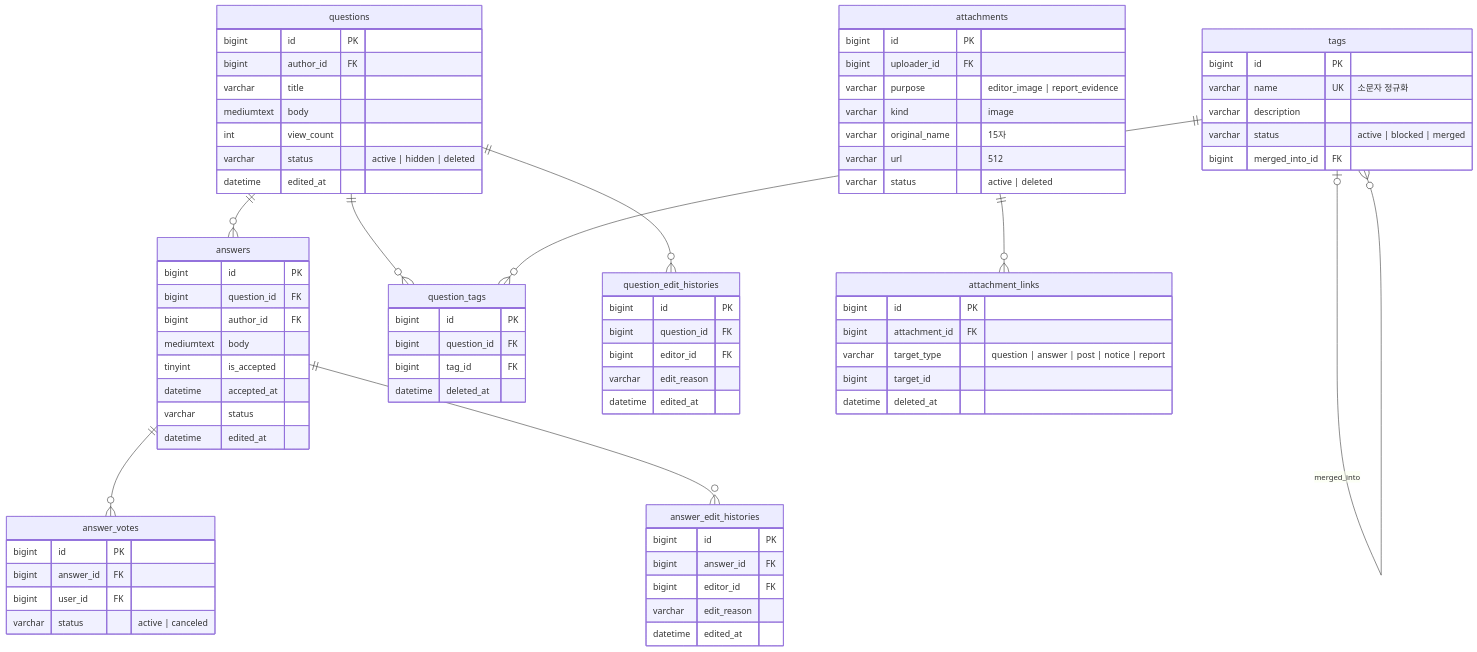
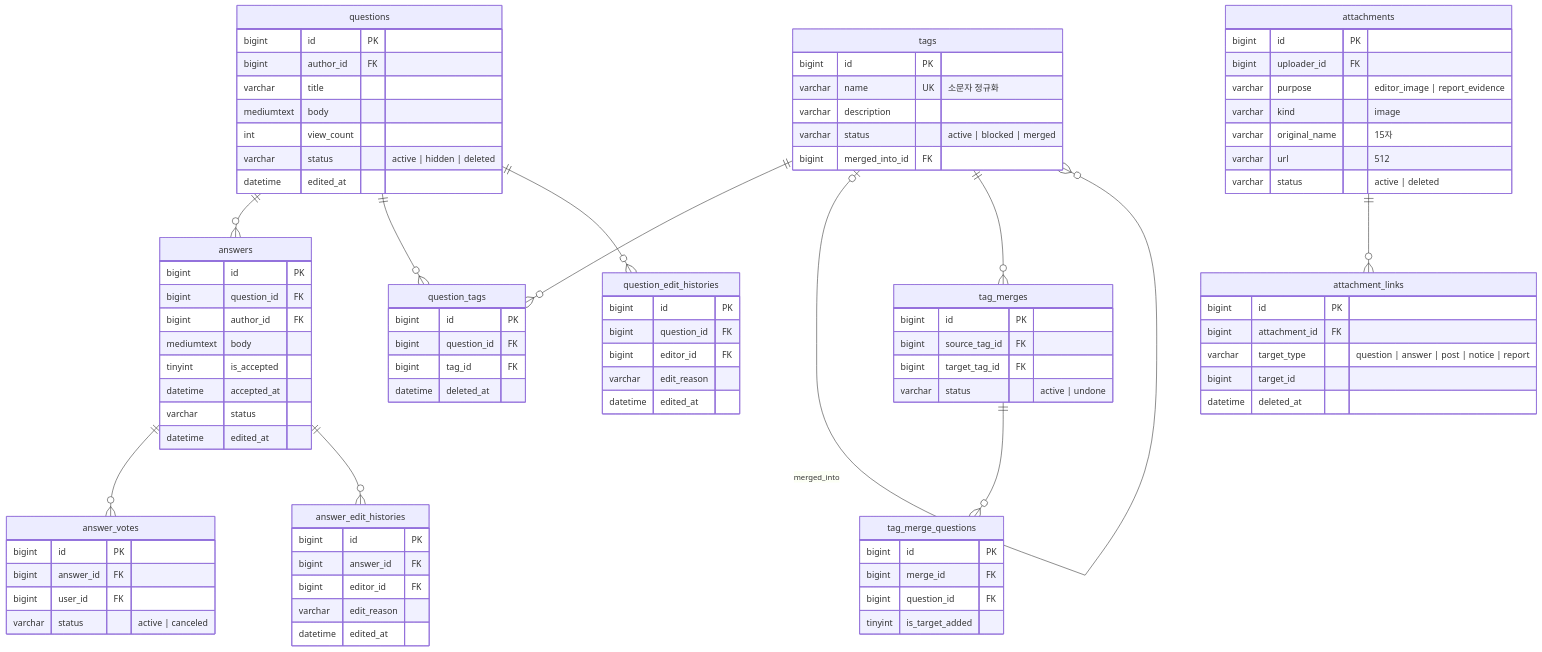
The third of 4 diagrams in docs/04-db-design.md (likelion-backendschool-11st/basic-project-1team), drawn with Mermaid before and after one commit. The commit also changed other lines of this file and 2 other files, not shown here.

```diff
--- a/docs/04-db-design.md
+++ b/docs/04-db-design.md
@@ -201,6 +203,18 @@
         bigint tag_id FK
         datetime deleted_at
     }
+    tag_merges {
+        bigint id PK
+        bigint source_tag_id FK
+        bigint target_tag_id FK
+        varchar status "active | undone"
+    }
+    tag_merge_questions {
+        bigint id PK
+        bigint merge_id FK
+        bigint question_id FK
+        tinyint is_target_added
+    }
     question_edit_histories {
         bigint id PK
         bigint question_id FK
@@ -235,6 +249,8 @@
     questions ||--o{ question_tags : ""
     tags ||--o{ question_tags : ""
     tags |o--o{ tags : "merged_into"
+    tags ||--o{ tag_merges : ""
+    tag_merges ||--o{ tag_merge_questions : ""
     answers ||--o{ answer_votes : ""
     questions ||--o{ question_edit_histories : ""
     answers ||--o{ answer_edit_histories : ""
```
